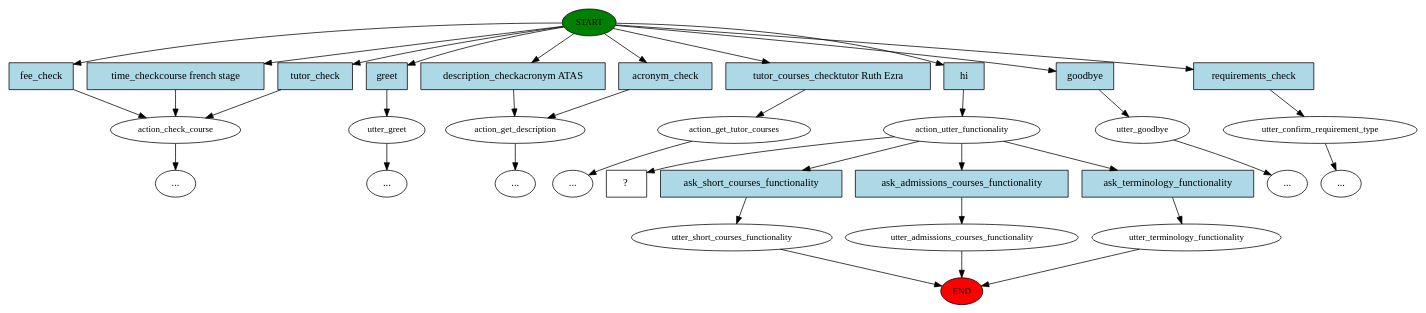
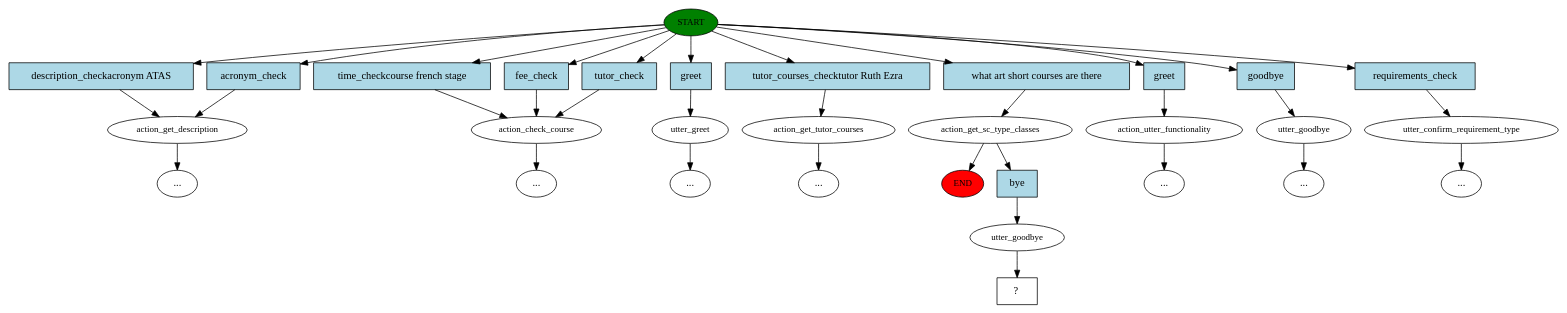
Before and after one commit to leonore/ugenie: the diagram in chat-service/model/story_graph.dot, drawn with Graphviz. The commit also changed 7 other files, not shown here.

Commit message:
add SC type courses basic training, error, working on #99

```diff
--- a/chat-service/model/story_graph.dot
+++ b/chat-service/model/story_graph.dot
@@ -1,70 +1,66 @@
 digraph  {
 0 [class="start active", fillcolor=green, fontsize=12, label=START, style=filled];
 "-1" [class=end, fillcolor=red, fontsize=12, label=END, style=filled];
-1 [class="", fontsize=12, label=action_check_course];
-4 [class="", fontsize=12, label=utter_greet];
-6 [class="", fontsize=12, label=action_get_description];
+1 [class="", fontsize=12, label=action_get_description];
+2 [class="", fontsize=12, label=action_check_course];
+5 [class="", fontsize=12, label=utter_greet];
 "-9" [class=ellipsis, label="..."];
 9 [class="", fontsize=12, label=action_get_tutor_courses];
 "-11" [class=ellipsis, label="..."];
-10 [class=active, fontsize=12, label=action_utter_functionality];
-11 [class="", fontsize=12, label=utter_short_courses_functionality];
-13 [class="", fontsize=12, label=utter_admissions_courses_functionality];
-15 [class="", fontsize=12, label=utter_terminology_functionality];
-16 [class="", fontsize=12, label=utter_goodbye];
-"-12" [class=ellipsis, label="..."];
-25 [class="", fontsize=12, label=utter_confirm_requirement_type];
-"-21" [class=ellipsis, label="..."];
-"-22" [class=ellipsis, label="..."];
+10 [class=active, fontsize=12, label=action_get_sc_type_classes];
+11 [class="", fontsize=12, label=action_utter_functionality];
+"-14" [class=ellipsis, label="..."];
+14 [class="", fontsize=12, label=utter_goodbye];
+"-15" [class=ellipsis, label="..."];
+23 [class="", fontsize=12, label=utter_confirm_requirement_type];
+"-24" [class=ellipsis, label="..."];
 "-25" [class=ellipsis, label="..."];
-31 [class="intent dashed active", label="  ?  ", shape=rect];
-32 [class=intent, fillcolor=lightblue, label=fee_check, shape=rect, style=filled];
+"-28" [class=ellipsis, label="..."];
+29 [class=active, fontsize=12, label=utter_goodbye];
+30 [class="intent dashed active", label="  ?  ", shape=rect];
+31 [class=intent, fillcolor=lightblue, label="description_checkacronym ATAS", shape=rect, style=filled];
+32 [class=intent, fillcolor=lightblue, label=acronym_check, shape=rect, style=filled];
 33 [class=intent, fillcolor=lightblue, label="time_checkcourse french stage", shape=rect, style=filled];
-34 [class=intent, fillcolor=lightblue, label=tutor_check, shape=rect, style=filled];
-35 [class=intent, fillcolor=lightblue, label=greet, shape=rect, style=filled];
-36 [class=intent, fillcolor=lightblue, label="description_checkacronym ATAS", shape=rect, style=filled];
-37 [class=intent, fillcolor=lightblue, label=acronym_check, shape=rect, style=filled];
-38 [class=intent, fillcolor=lightblue, label="tutor_courses_checktutor Ruth Ezra", shape=rect, style=filled];
-39 [class="intent active", fillcolor=lightblue, label=hi, shape=rect, style=filled];
+34 [class=intent, fillcolor=lightblue, label=fee_check, shape=rect, style=filled];
+35 [class=intent, fillcolor=lightblue, label=tutor_check, shape=rect, style=filled];
+36 [class=intent, fillcolor=lightblue, label=greet, shape=rect, style=filled];
+37 [class=intent, fillcolor=lightblue, label="tutor_courses_checktutor Ruth Ezra", shape=rect, style=filled];
+38 [class="intent active", fillcolor=lightblue, label="what art short courses are there", shape=rect, style=filled];
+39 [class=intent, fillcolor=lightblue, label=greet, shape=rect, style=filled];
 40 [class=intent, fillcolor=lightblue, label=goodbye, shape=rect, style=filled];
 41 [class=intent, fillcolor=lightblue, label=requirements_check, shape=rect, style=filled];
-42 [class=intent, fillcolor=lightblue, label=ask_short_courses_functionality, shape=rect, style=filled];
-43 [class=intent, fillcolor=lightblue, label=ask_admissions_courses_functionality, shape=rect, style=filled];
-44 [class=intent, fillcolor=lightblue, label=ask_terminology_functionality, shape=rect, style=filled];
+42 [class="intent active", fillcolor=lightblue, label=bye, shape=rect, style=filled];
+0 -> 31  [class="", key=0];
 0 -> 32  [class="", key=0];
 0 -> 33  [class="", key=0];
 0 -> 34  [class="", key=0];
 0 -> 35  [class="", key=0];
 0 -> 36  [class="", key=0];
 0 -> 37  [class="", key=0];
-0 -> 38  [class="", key=0];
-0 -> 39  [class=active, key=0];
+0 -> 38  [class=active, key=0];
+0 -> 39  [class="", key=0];
 0 -> 40  [class="", key=0];
 0 -> 41  [class="", key=0];
-1 -> "-22"  [class="", key=NONE, label=""];
-4 -> "-9"  [class="", key=NONE, label=""];
-6 -> "-25"  [class="", key=NONE, label=""];
+1 -> "-28"  [class="", key=NONE, label=""];
+2 -> "-25"  [class="", key=NONE, label=""];
+5 -> "-9"  [class="", key=NONE, label=""];
 9 -> "-11"  [class="", key=NONE, label=""];
-10 -> 31  [class=active, key=NONE, label=""];
-10 -> 42  [class="", key=0];
-10 -> 43  [class="", key=0];
-10 -> 44  [class="", key=0];
-11 -> "-1"  [class="", key=NONE, label=""];
-13 -> "-1"  [class="", key=NONE, label=""];
-15 -> "-1"  [class="", key=NONE, label=""];
-16 -> "-12"  [class="", key=NONE, label=""];
-25 -> "-21"  [class="", key=NONE, label=""];
+10 -> "-1"  [class="", key=NONE, label=""];
+10 -> 42  [class=active, key=0];
+11 -> "-14"  [class="", key=NONE, label=""];
+14 -> "-15"  [class="", key=NONE, label=""];
+23 -> "-24"  [class="", key=NONE, label=""];
+29 -> 30  [class=active, key=NONE, label=""];
+31 -> 1  [class="", key=0];
 32 -> 1  [class="", key=0];
-33 -> 1  [class="", key=0];
-34 -> 1  [class="", key=0];
-35 -> 4  [class="", key=0];
-36 -> 6  [class="", key=0];
-37 -> 6  [class="", key=0];
-38 -> 9  [class="", key=0];
-39 -> 10  [class=active, key=0];
-40 -> 16  [class="", key=0];
-41 -> 25  [class="", key=0];
-42 -> 11  [class="", key=0];
-43 -> 13  [class="", key=0];
-44 -> 15  [class="", key=0];
+33 -> 2  [class="", key=0];
+34 -> 2  [class="", key=0];
+35 -> 2  [class="", key=0];
+36 -> 5  [class="", key=0];
+37 -> 9  [class="", key=0];
+38 -> 10  [class=active, key=0];
+39 -> 11  [class="", key=0];
+40 -> 14  [class="", key=0];
+41 -> 23  [class="", key=0];
+42 -> 29  [class=active, key=0];
 }
```
